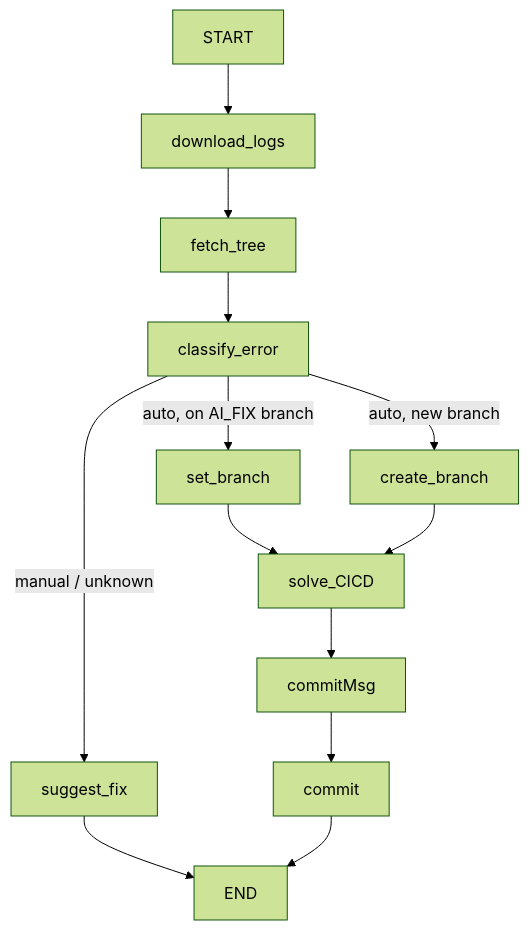
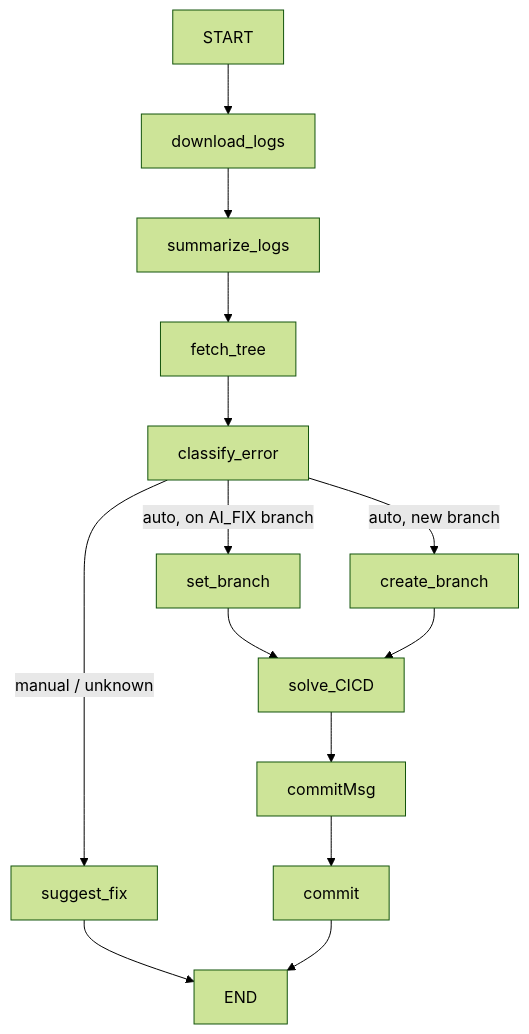
Before and after one commit to harit-adesara/Self-Healing-CI-CD-Pipeline: the diagram in readme.md, drawn with Mermaid (forest theme). The commit also changed other lines of this file and 4 other files, not shown here.

````diff
--- a/readme.md
+++ b/readme.md
@@ -61,10 +63,11 @@
 ```mermaid
 flowchart TD
     START --> download_logs
-    download_logs --> fetch_tree
+    download_logs --> summarize_logs
+    summarize_logs --> fetch_tree
     fetch_tree --> classify_error
     classify_error -->|manual / unknown| suggest_fix --> END
     classify_error -->|auto, on AI_FIX branch| set_branch --> solve_CICD
     classify_error -->|auto, new branch| create_branch --> solve_CICD
     solve_CICD --> commitMsg --> commit --> END
 ```
````
